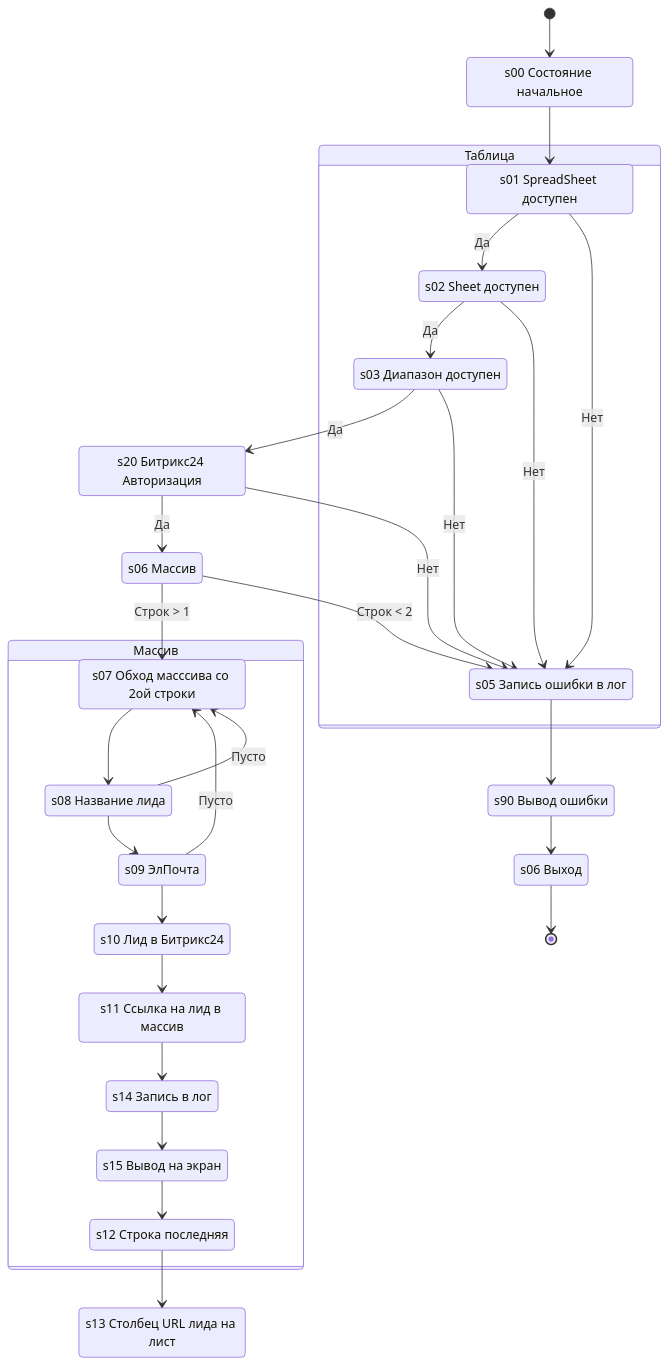
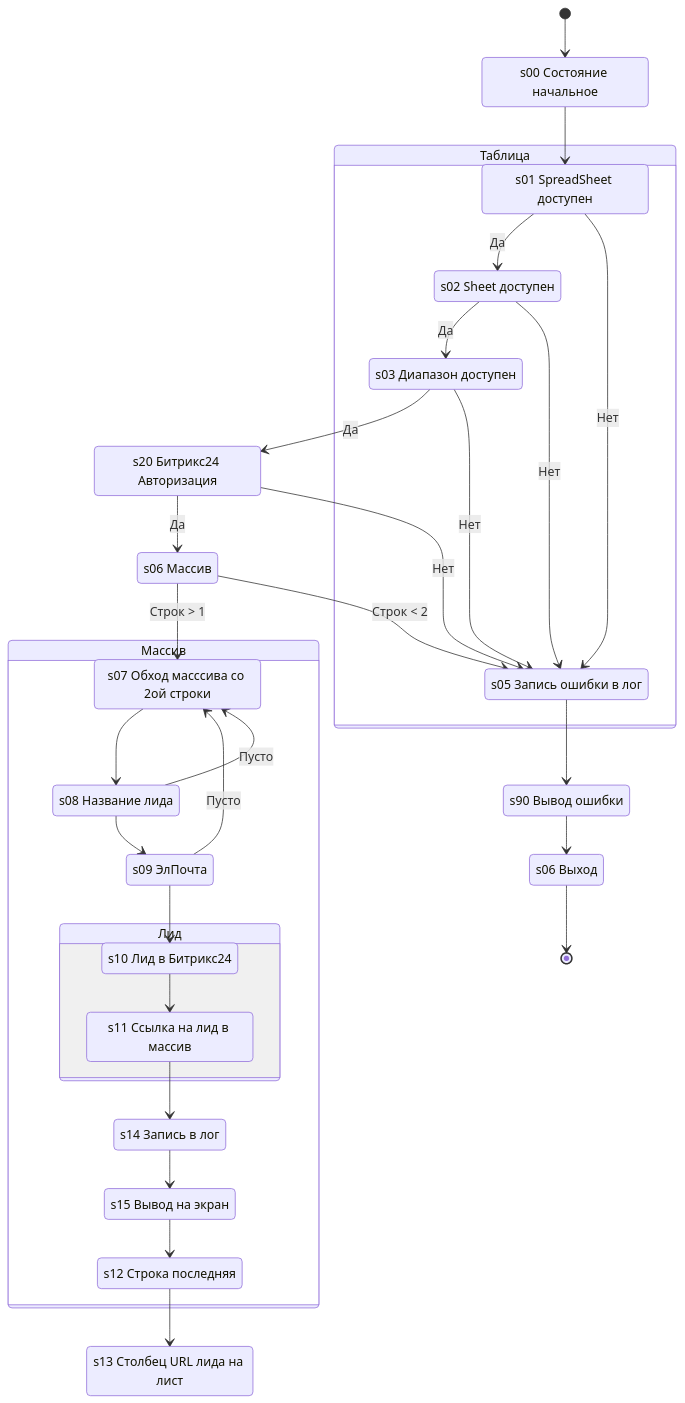
The diagram in README.md (InExSu/Google-Sheets-Bitrix24), drawn with Mermaid before and after one commit. The commit also changed 3 other files, not shown here.

````diff
--- a/README.md
+++ b/README.md
@@ -1,53 +1,56 @@
 ```mermaid
+%% https://mermaid.live
 stateDiagram-v2
 s00: s00 Состояние начальное
 s01: s01 SpreadSheet доступен
 s02: s02 Sheet доступен
 s03: s03 Диапазон доступен
 s05: s05 Запись ошибки в лог
 s06: s06 Массив
 s07: s07 Обход масссива со 2ой строки
 s08: s08 Название лида
 s09: s09 ЭлПочта 
 s10: s10 Лид в Битрикс24
 s11: s11 Ссылка на лид в массив
 s12: s12 Строка последняя
 s13: s13 Столбец URL лида на лист
 s14: s14 Запись в лог
 s15: s15 Вывод на экран
 
 s20: s20 Битрикс24 Авторизация
 
 s90: s90 Вывод ошибки
 s99: s06 Выход
 
 [*] --> s00 
 s00 --> s01
 state Таблица {
 s01 --> s02: Да
 s01 --> s05: Нет
 s02 --> s03: Да
 }
 s02 --> s05: Нет
 s03 --> s20: Да
 s20 --> s06: Да
 s20 --> s05: Нет 
 s03 --> s05: Нет
 s06 --> s05: Строк < 2
 s06 --> s07: Строк > 1
 state Массив {
 s07 --> s08
 s08 --> s09
 s08 --> s07: Пусто
 s09 --> s10
 s09 --> s07: Пусто
+state Лид {
 s10 --> s11
+s11 --> s14
+}
 s15 --> s12
-s11 --> s14
 s14 --> s15
 }
 s12 --> s13
 s05 --> s90
 s90 --> s99
 s99 --> [*]
 ```
````
